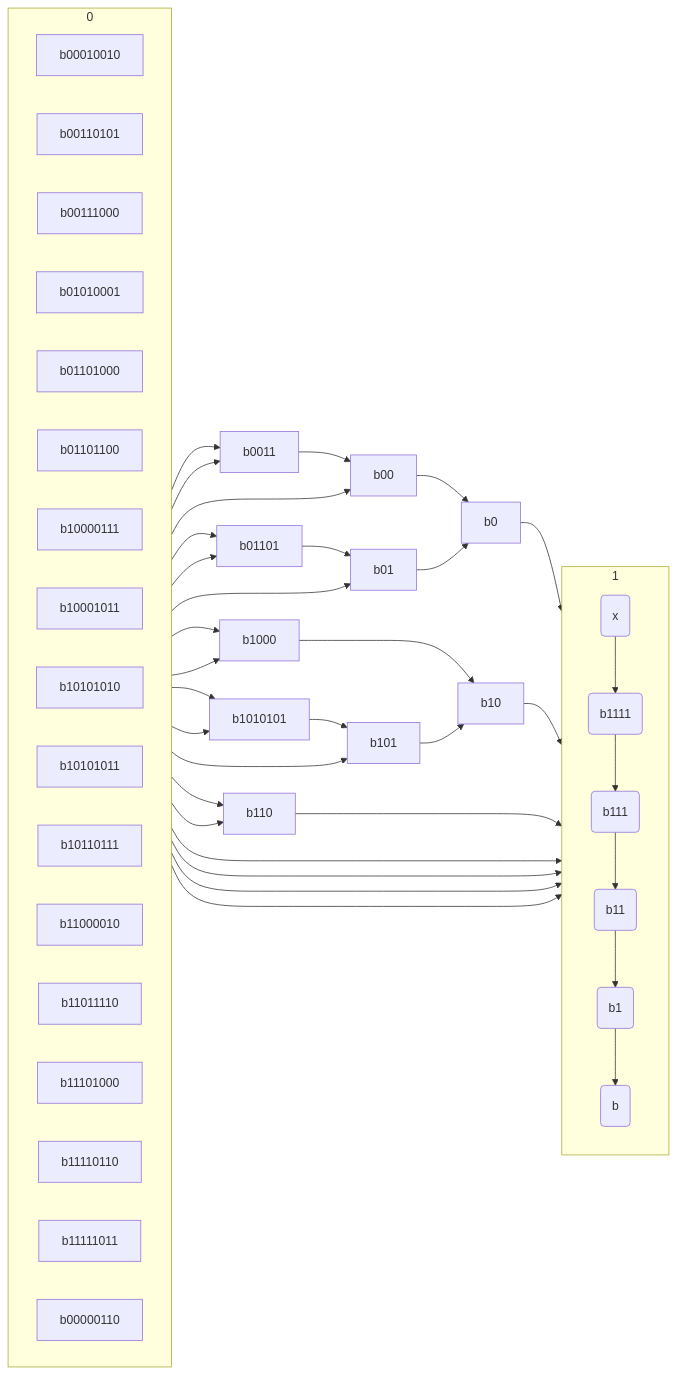
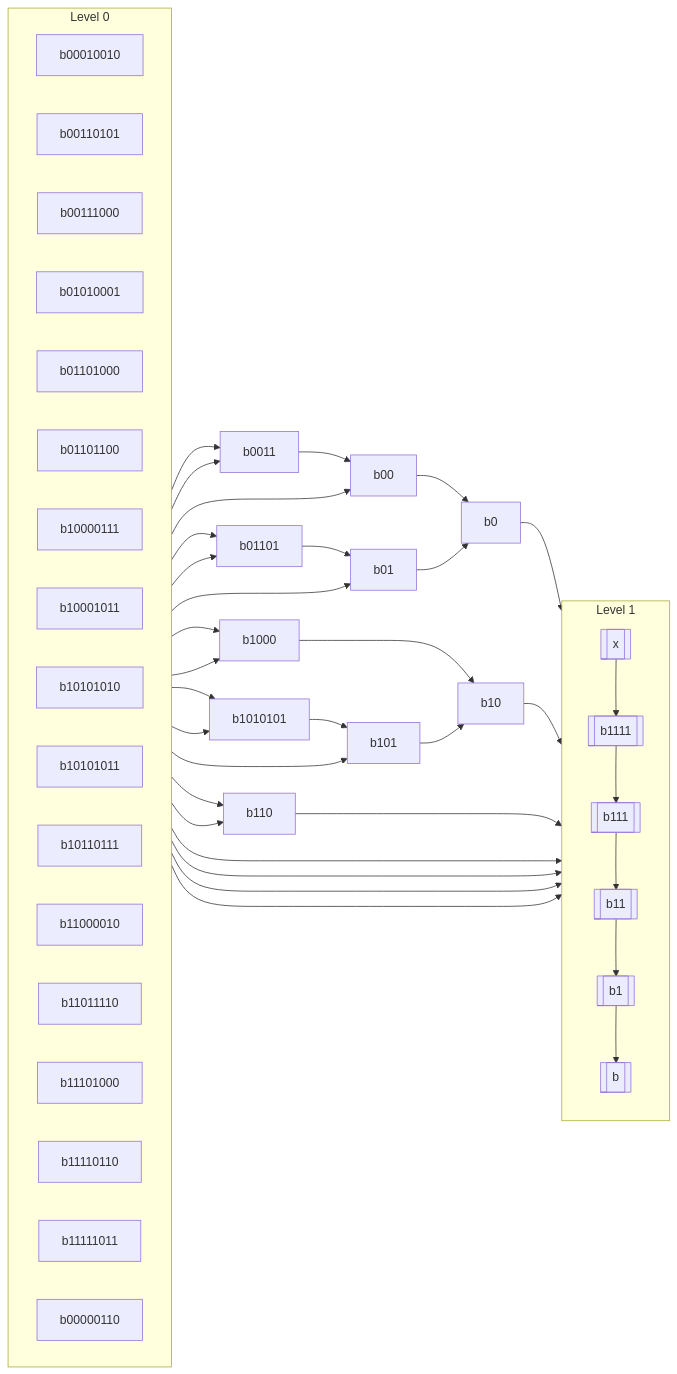
The second of 2 diagrams in notes/subtree-graph.md (datablockset/blockset), drawn with Mermaid before and after one commit. The commit also changed other lines of this file and 3 other files, not shown here.

````diff
--- a/notes/subtree-graph.md
+++ b/notes/subtree-graph.md
@@ -12,49 +55,49 @@
 ```mermaid
 graph LR
-    subgraph 1
+    subgraph Level 1
         direction TB
         b
         b1
         b11
         b111
         b1111
         x
     end
-    subgraph 0
+    subgraph Level 0
         direction LR
         b00010010
         b00110101
         b00111000
         b01010001
         b01101000
         b01101100
         b10000111
         b10001011
         b10101010
         b10101011
         b10110111
         b11000010
         b11011110
         b11101000
         b11110110
         b11111011
         b00000110
     end
-    b00010010 --> b00 --> b0 --> b(b)
+    b00010010 --> b00 --> b0 --> b[[b]]
     b00110101 --> b0011 --> b00
     b00111000 --> b0011
     b01010001 --> b01 --> b0
     b01101000 --> b01101 --> b01
     b01101100 --> b01101
-    b10000111 --> b1000 --> b10 --> b1(b1) --> b
+    b10000111 --> b1000 --> b10 --> b1[[b1]] --> b
     b10001011 --> b1000
     b10101010 --> b1010101 --> b101 --> b10
     b10101011 --> b1010101
     b10110111 --> b101
-    b11000010 --> b110 --> b11(b11) --> b1
+    b11000010 --> b110 --> b11[[b11]] --> b1
     b11011110 --> b110
-    b11101000 --> b111(b111) --> b11
-    b11110110 --> b1111(b1111) --> b111
-    b11111011 --> x(x) --> b1111
+    b11101000 --> b111[[b111]] --> b11
+    b11110110 --> b1111[[b1111]] --> b111
+    b11111011 --> x[[x]] --> b1111
     b00000110 --> x
 ```
````
